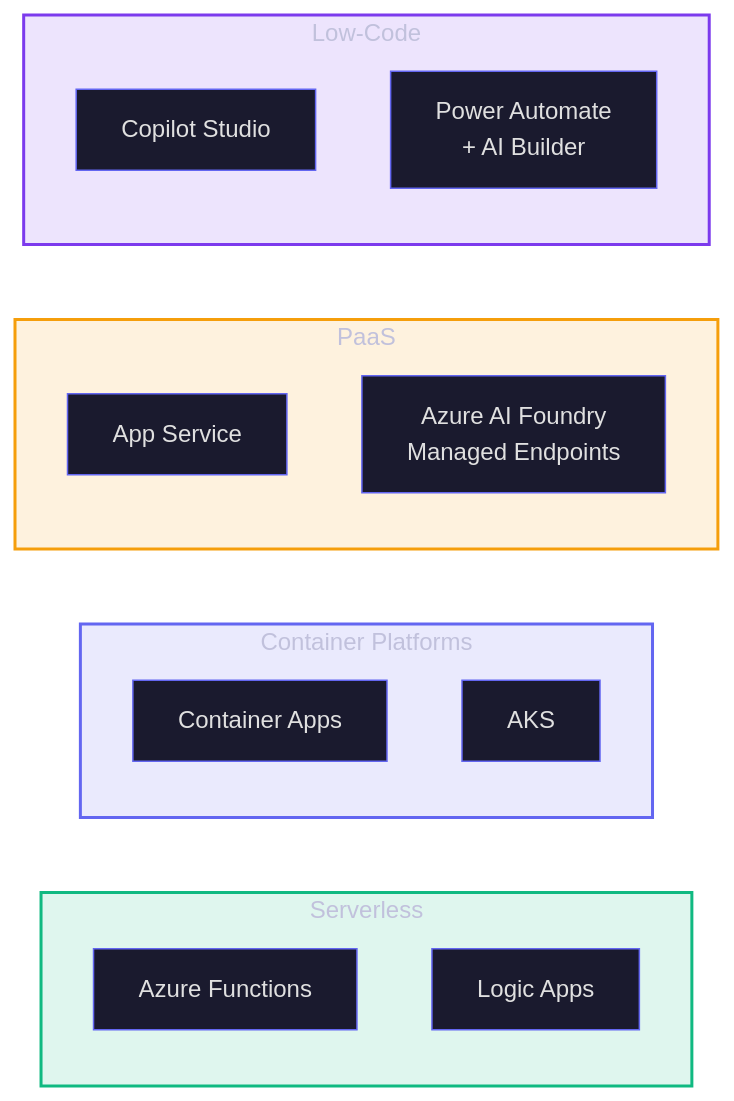
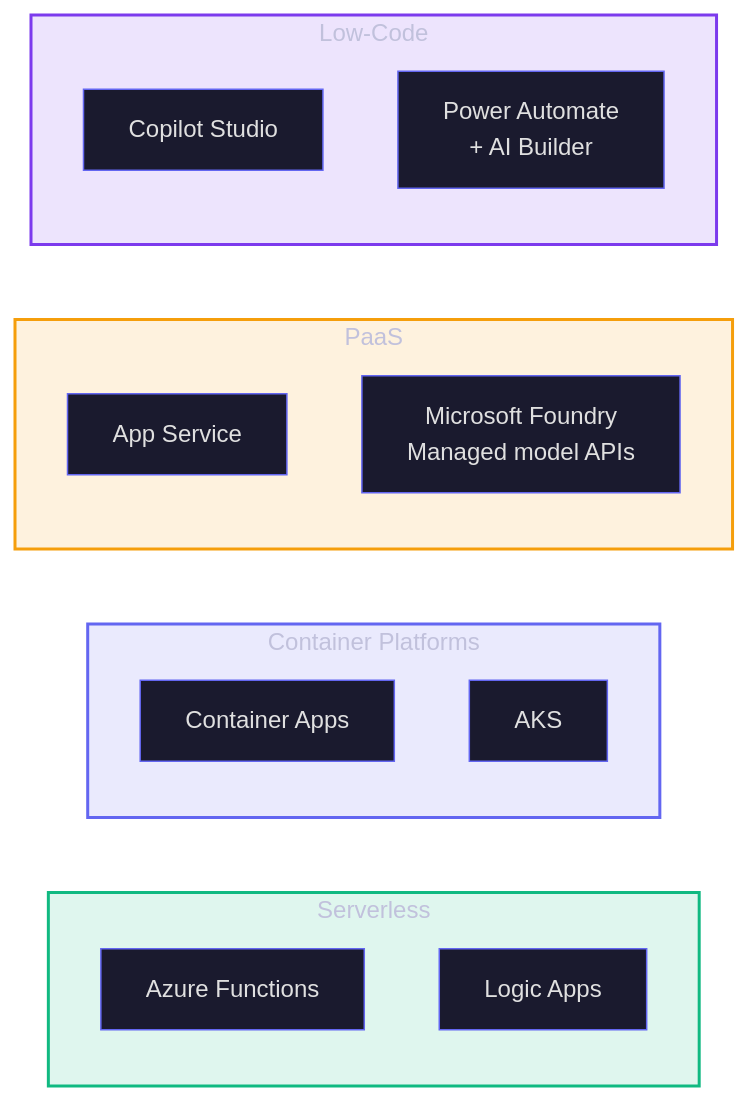
Before and after one commit to frootai/frootai: the third of 9 diagrams in .factory/docs/learning/t3-production-patterns.mdx, drawn with Mermaid. The commit also changed other lines of this file and 42 other files, not shown here.

````diff
--- a/.factory/docs/learning/t3-production-patterns.mdx
+++ b/.factory/docs/learning/t3-production-patterns.mdx
@@ -138,28 +140,28 @@
 ```mermaid
 %%{init: {'theme': 'base', 'themeVariables': {'primaryColor': '#1a1a2e', 'primaryTextColor': '#e0e0e0', 'primaryBorderColor': '#6366f1', 'lineColor': '#818cf8', 'background': 'transparent'}}}%%
 graph LR
     subgraph SERVERLESS["Serverless"]
         S1["Azure Functions"]
         S2["Logic Apps"]
     end
     
     subgraph CONTAINER["Container Platforms"]
         C1["Container Apps"]
         C2["AKS"]
     end
     
     subgraph PAAS["PaaS"]
         P1["App Service"]
-        P2["Azure AI Foundry<br/>Managed Endpoints"]
+        P2["Microsoft Foundry<br/>Managed model APIs"]
     end
     
     subgraph LOW_CODE["Low-Code"]
         L1["Copilot Studio"]
         L2["Power Automate<br/>+ AI Builder"]
     end
     
     style SERVERLESS fill:#10b98122,stroke:#10b981,stroke-width:2px
     style CONTAINER fill:#6366f122,stroke:#6366f1,stroke-width:2px
     style PAAS fill:#f59e0b22,stroke:#f59e0b,stroke-width:2px
     style LOW_CODE fill:#7c3aed22,stroke:#7c3aed,stroke-width:2px
 ```
````
